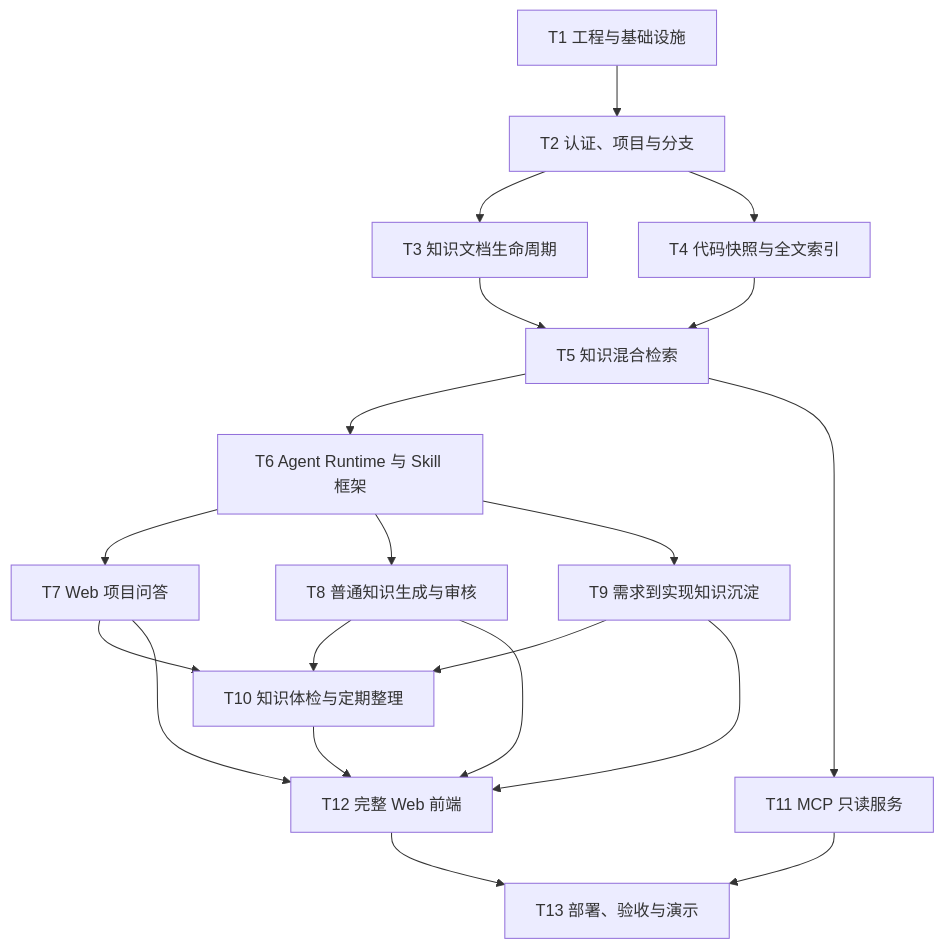
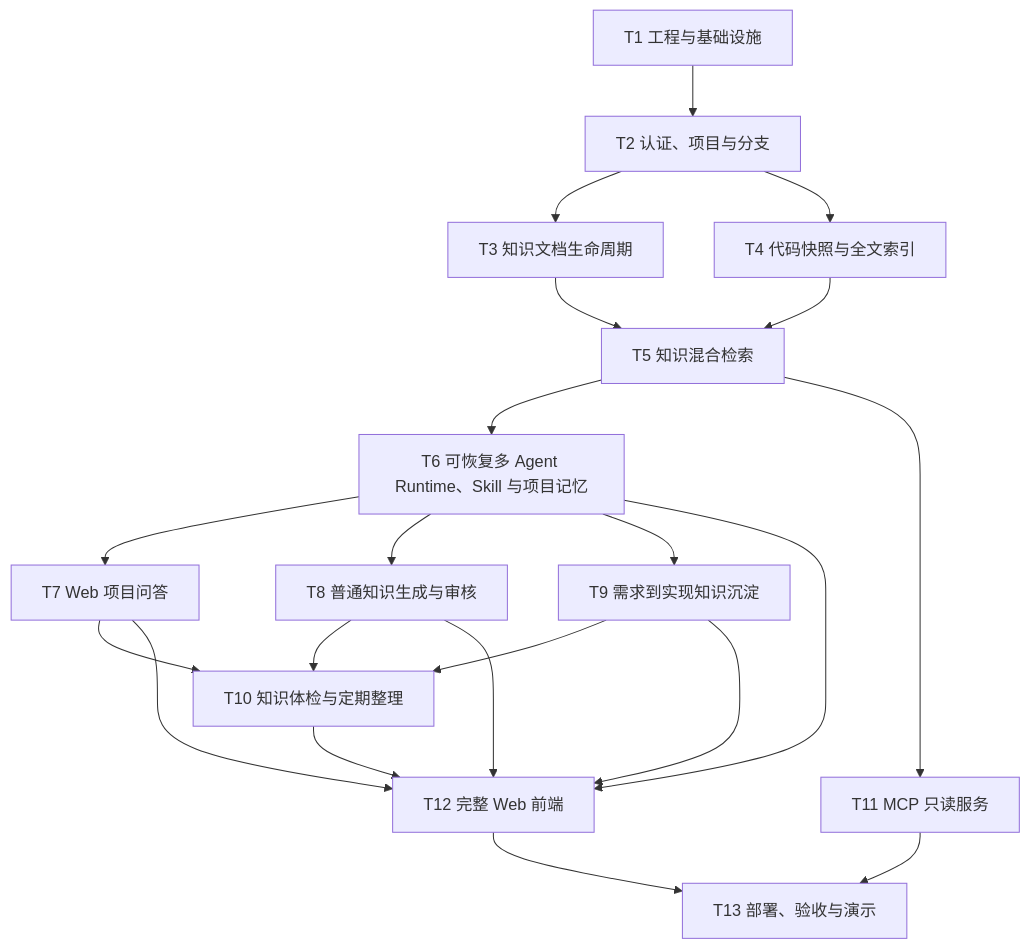
The diagram in docs/product/LoreDock_MVP功能开发计划.md (dztyykxx/LoreDock), drawn with Mermaid before and after one commit. The commit also changed other lines of this file and 4 other files, not shown here.

````diff
--- a/docs/product/LoreDock_MVP功能开发计划.md
+++ b/docs/product/LoreDock_MVP功能开发计划.md
@@ -25,22 +25,23 @@
 ```mermaid
 flowchart TD
     T1["T1 工程与基础设施"] --> T2["T2 认证、项目与分支"]
     T2 --> T3["T3 知识文档生命周期"]
     T2 --> T4["T4 代码快照与全文索引"]
     T3 --> T5["T5 知识混合检索"]
     T4 --> T5
-    T5 --> T6["T6 Agent Runtime 与 Skill 框架"]
+    T5 --> T6["T6 可恢复多 Agent Runtime、Skill 与项目记忆"]
     T6 --> T7["T7 Web 项目问答"]
     T6 --> T8["T8 普通知识生成与审核"]
     T6 --> T9["T9 需求到实现知识沉淀"]
     T7 --> T10["T10 知识体检与定期整理"]
     T8 --> T10
     T9 --> T10
     T5 --> T11["T11 MCP 只读服务"]
     T7 --> T12["T12 完整 Web 前端"]
     T8 --> T12
     T9 --> T12
     T10 --> T12
+    T6 --> T12
     T11 --> T13["T13 部署、验收与演示"]
     T12 --> T13
 ```
````
